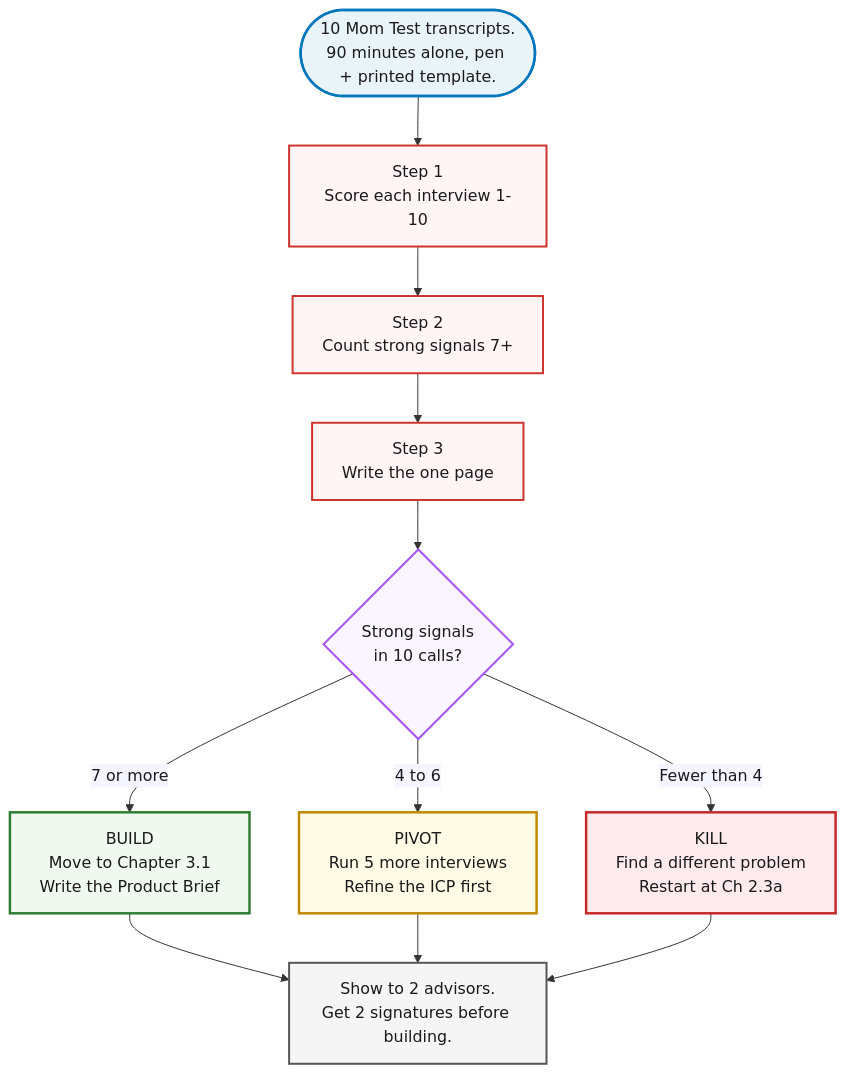
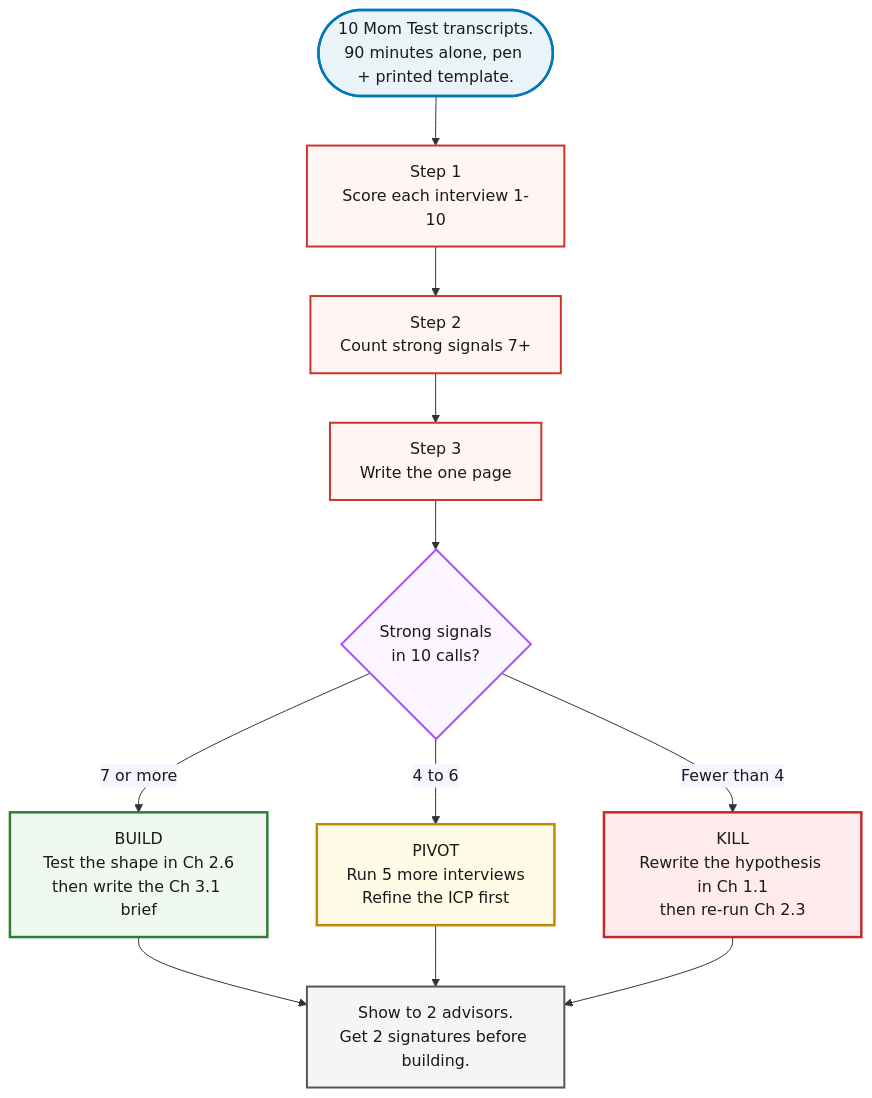
Before and after one commit to jetthoughts/jetthoughts.github.io: the diagram in content/course/tech-for-non-technical-founders-2026/mom-test-synthesis-build-pivot-kill/index.md, drawn with Mermaid. The commit also changed other lines of this file and 45 other files, not shown here.

````diff
--- a/content/course/tech-for-non-technical-founders-2026/mom-test-synthesis-build-pivot-kill/index.md
+++ b/content/course/tech-for-non-technical-founders-2026/mom-test-synthesis-build-pivot-kill/index.md
@@ -62,31 +64,31 @@
 ```mermaid
 %%{init: {'theme':'base', 'themeVariables': {'fontFamily':'Caveat, Patrick Hand, cursive', 'primaryColor':'#fff5f5', 'primaryBorderColor':'#cc342d', 'lineColor':'#333', 'primaryTextColor':'#1a1a1a'}}}%%
 flowchart TD
     Start(["10 Mom Test transcripts.<br/>90 minutes alone, pen + printed template."])
     Start --> S1[Step 1<br/>Score each interview 1-10]
     S1 --> S2[Step 2<br/>Count strong signals 7+]
     S2 --> S3[Step 3<br/>Write the one page]
     S3 --> S4{Strong signals<br/>in 10 calls?}
-    S4 -->|7 or more| Build[BUILD<br/>Move to Chapter 3.1<br/>Write the Product Brief]
+    S4 -->|7 or more| Build[BUILD<br/>Test the shape in Ch 2.6<br/>then write the Ch 3.1 brief]
     S4 -->|4 to 6| Pivot[PIVOT<br/>Run 5 more interviews<br/>Refine the ICP first]
-    S4 -->|Fewer than 4| Kill[KILL<br/>Find a different problem<br/>Restart at Ch 2.3a]
+    S4 -->|Fewer than 4| Kill[KILL<br/>Rewrite the hypothesis in Ch 1.1<br/>then re-run Ch 2.3]
     Build --> Sign[Show to 2 advisors.<br/>Get 2 signatures before building.]
     Pivot --> Sign
     Kill --> Sign
 
     classDef start fill:#e8f4f8,stroke:#0277bd,stroke-width:2.5px,color:#1a1a1a
     classDef step fill:#fff5f5,stroke:#cc342d,stroke-width:2px,color:#1a1a1a
     classDef decision fill:#faf5ff,stroke:#a855f7,stroke-width:2px,color:#1a1a1a
     classDef build fill:#f0f9f0,stroke:#2e7d32,stroke-width:2.5px,color:#1a1a1a
     classDef pivot fill:#fffbe6,stroke:#bf8a00,stroke-width:2.5px,color:#1a1a1a
     classDef kill fill:#ffebee,stroke:#c62828,stroke-width:2.5px,color:#1a1a1a
     classDef sign fill:#f5f5f5,stroke:#555,stroke-width:2px,color:#1a1a1a
 
     class Start start
     class S1,S2,S3 step
     class S4 decision
     class Build build
     class Pivot pivot
     class Kill kill
     class Sign sign
 ```
````
